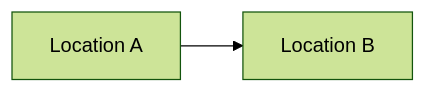
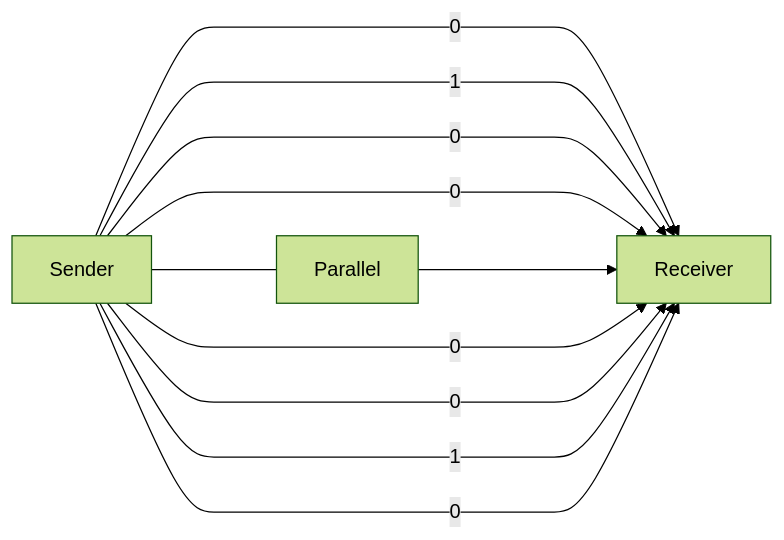
The third of 12 diagrams in Computer_Networks/CN_2.MD (shubham21155102/Archieve), drawn with Mermaid (forest theme) before and after one commit. The commit also changed other lines of this file and 4 other files, not shown here.

````diff
--- a/Computer_Networks/CN_2.MD
+++ b/Computer_Networks/CN_2.MD
@@ -13,4 +54,12 @@
-  ```mermaid
-  graph LR;
-  A[Location A] --> B[Location B]
-  ```
+```mermaid
+graph LR;
+A[Sender]--0-->B[Receiver]
+A--1-->B
+A--0-->B
+A--0-->B
+A----Parallel---->B
+A--0-->B
+A--0-->B
+A--1-->B
+A--0-->B
+```
````
